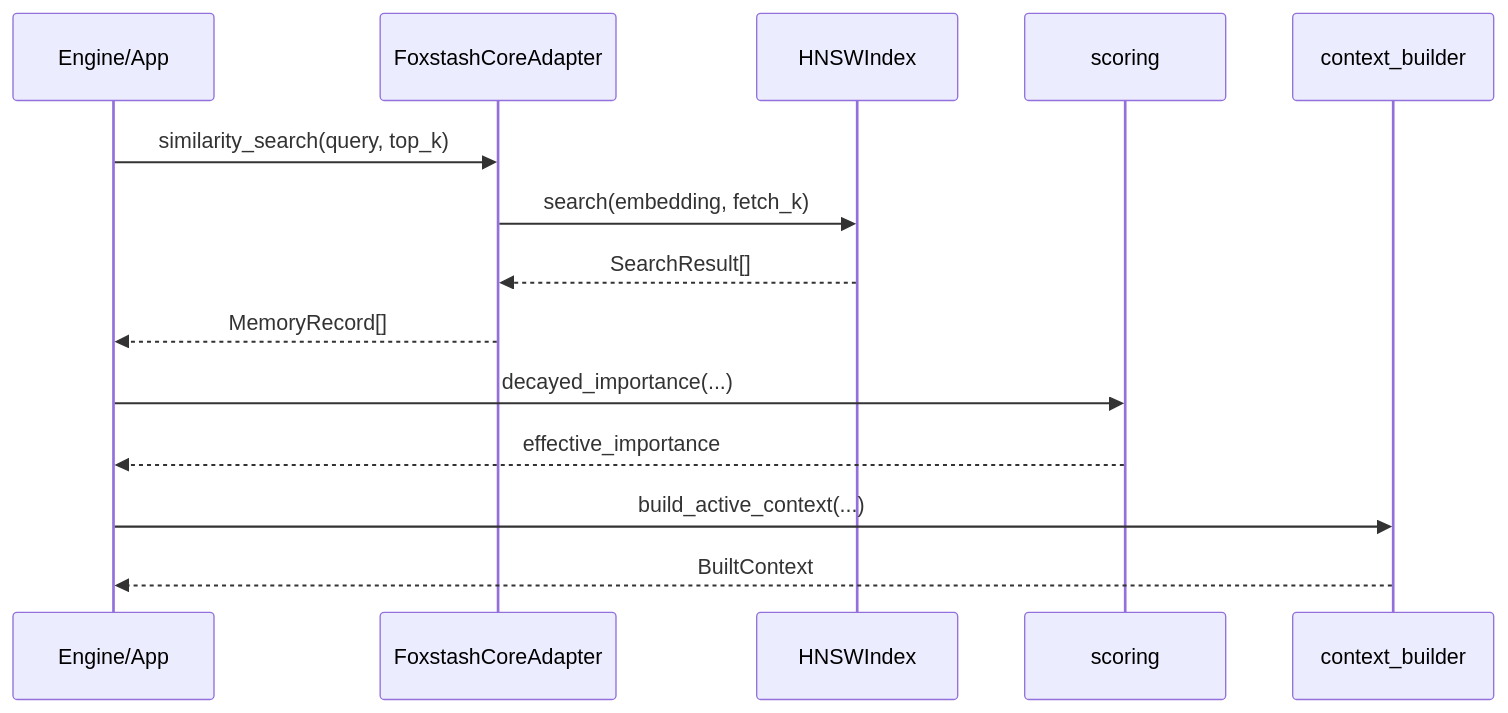
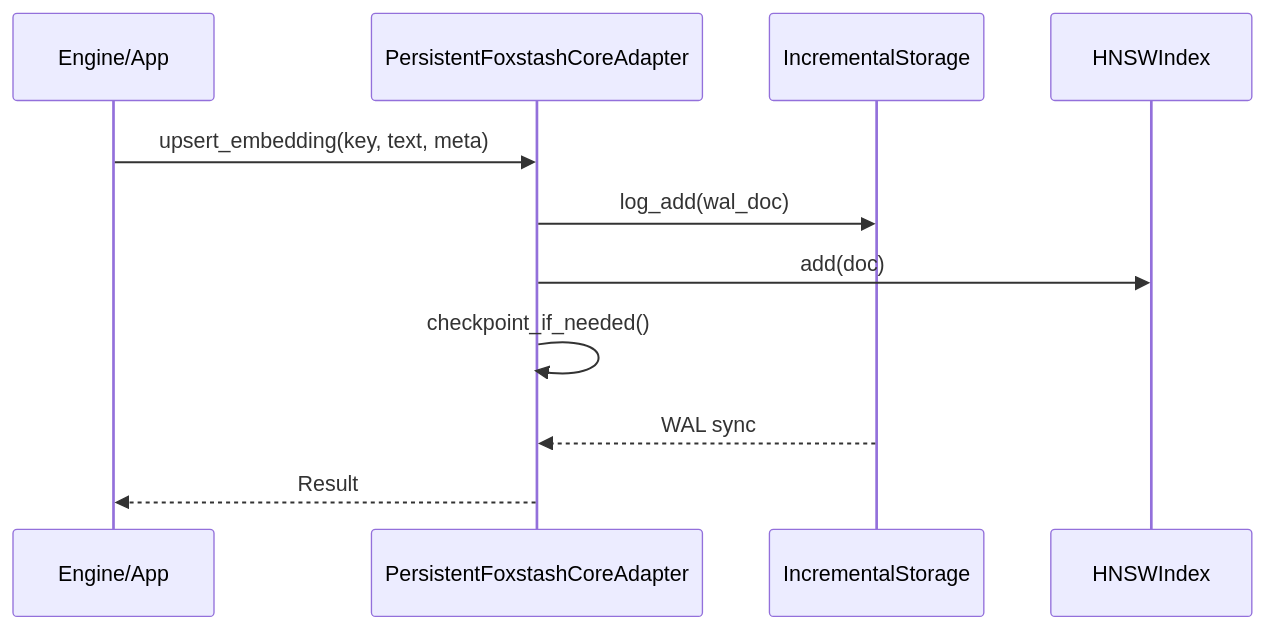
The second of 2 diagrams in docs/ARCHITECTURE.md (Narcoleptic-Fox/foxloom), drawn with Mermaid before and after one commit. The commit also changed other lines of this file and 6 other files, not shown here.

First line of the commit message:
feat: add PersistentFoxstashCoreAdapter with WAL-backed persistence and recovery

````diff
--- a/docs/ARCHITECTURE.md
+++ b/docs/ARCHITECTURE.md
@@ -27,17 +31,14 @@
 ```mermaid
 sequenceDiagram
     participant App as Engine/App
-    participant Adapter as FoxstashCoreAdapter
+    participant PAdapter as PersistentFoxstashCoreAdapter
+    participant Storage as IncrementalStorage
     participant Index as HNSWIndex
-    participant Scoring as scoring
-    participant Builder as context_builder
 
-    App->>Adapter: similarity_search(query, top_k)
-    Adapter->>Index: search(embedding, fetch_k)
-    Index-->>Adapter: SearchResult[]
-    Adapter-->>App: MemoryRecord[]
-    App->>Scoring: decayed_importance(...)
-    Scoring-->>App: effective_importance
-    App->>Builder: build_active_context(...)
-    Builder-->>App: BuiltContext
+    App->>PAdapter: upsert_embedding(key, text, meta)
+    PAdapter->>Storage: log_add(wal_doc)
+    PAdapter->>Index: add(doc)
+    PAdapter->>PAdapter: checkpoint_if_needed()
+    Storage-->>PAdapter: WAL sync
+    PAdapter-->>App: Result
 ```
````
